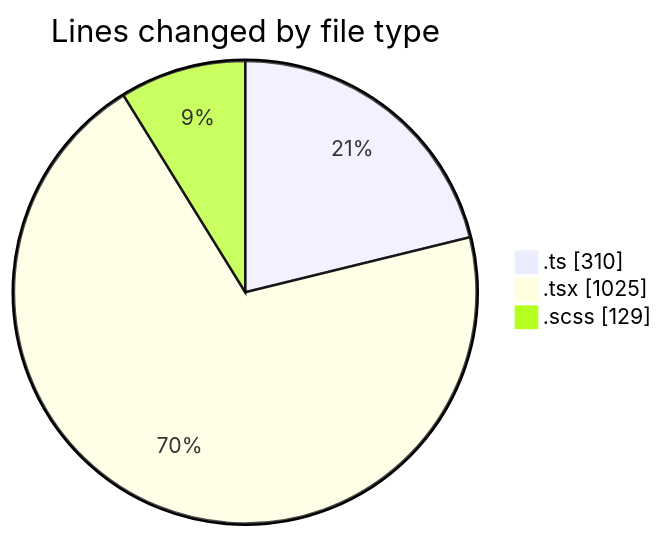
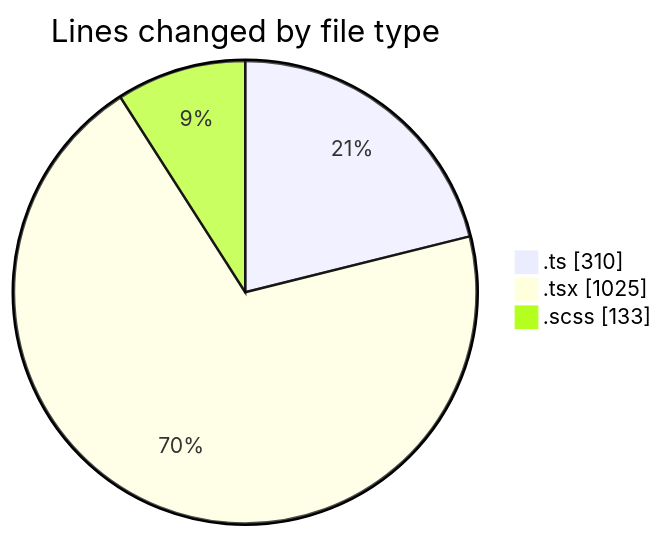
The first of 2 diagrams in 2026-09-09/cda/README.md (momahboobian/code-tracking), drawn with Mermaid before and after one commit. The commit also changed other lines of this file and 1 other file, not shown here.

````diff
--- a/2026-09-09/cda/README.md
+++ b/2026-09-09/cda/README.md
@@ -33,7 +33,7 @@
 ```mermaid
 pie showData
 title Lines changed by file type
 ".ts" : 310
 ".tsx" : 1025
-".scss" : 129
+".scss" : 133
 ```
````
